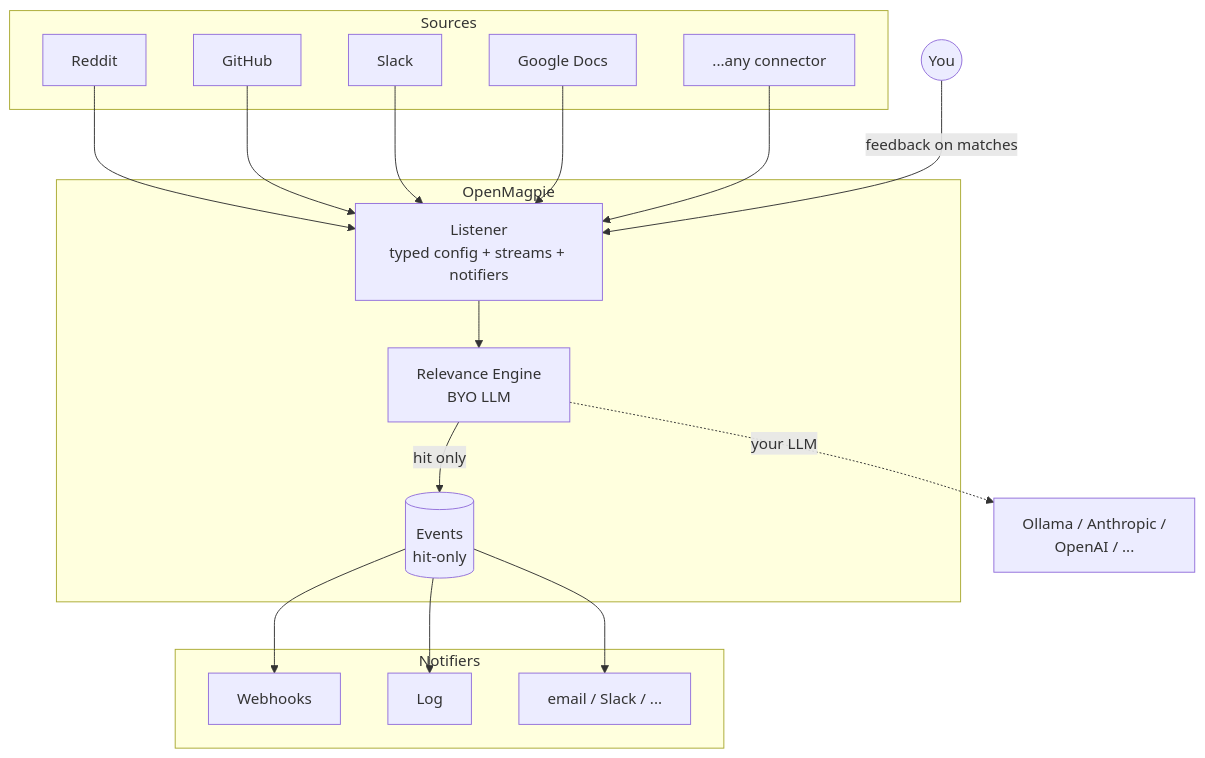
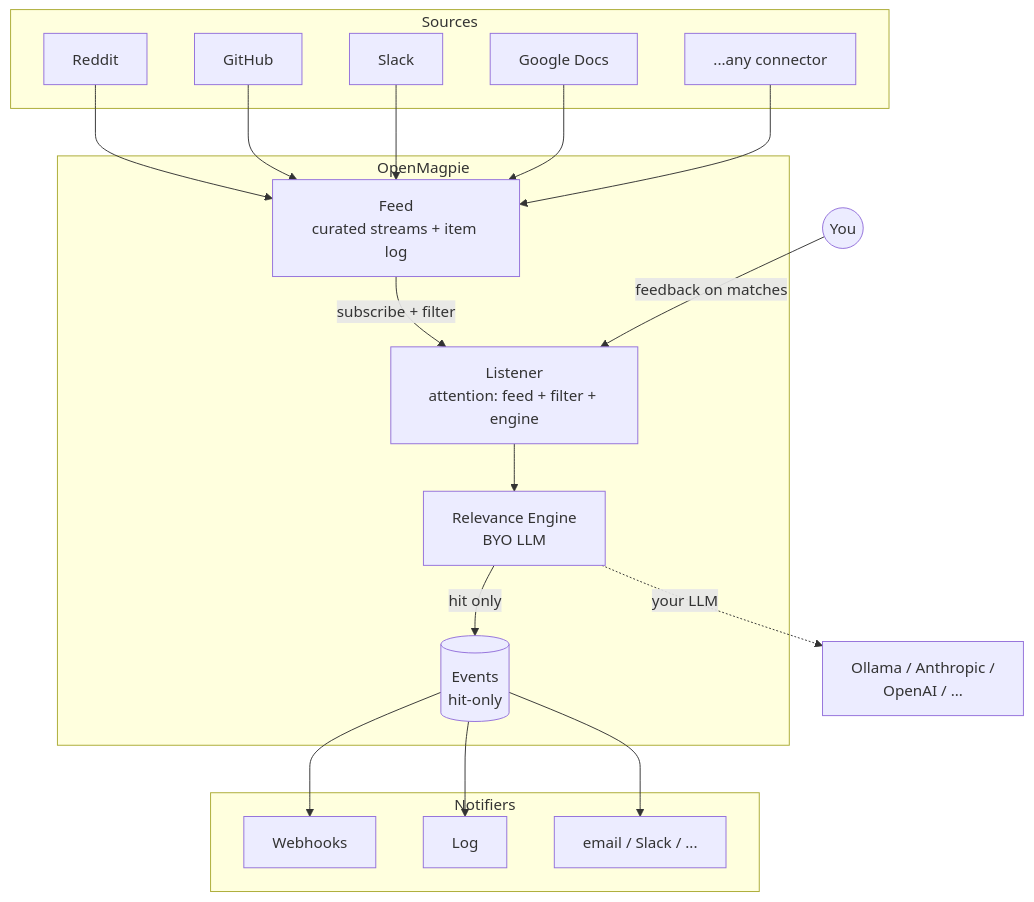
The diagram in README.md (PRACE1/openmagpie), drawn with Mermaid before and after one commit. The commit also changed other lines of this file and 79 other files, not shown here.

First line of the commit message:
feat(feeds): Feed primitive + Listener subscription model (v1, no backward compat)

````diff
--- a/README.md
+++ b/README.md
@@ -23,39 +23,41 @@
 ```mermaid
 graph TD
     subgraph Sources
         REDDIT[Reddit]
         GH[GitHub]
         SLACK[Slack]
         GDOCS[Google Docs]
         OTHER[...any connector]
     end
 
     subgraph OpenMagpie
-        LISTENER[Listener<br/>typed config + streams + notifiers]
+        FEED[Feed<br/>curated streams + item log]
+        LISTENER[Listener<br/>attention: feed + filter + engine]
         ENGINE[Relevance Engine<br/>BYO LLM]
         EVENTS[(Events<br/>hit-only)]
     end
 
     subgraph Notifiers
         WEBHOOK[Webhooks]
         LOG[Log]
         FUTURE[email / Slack / ...]
     end
 
-    REDDIT --> LISTENER
-    GH --> LISTENER
-    SLACK --> LISTENER
-    GDOCS --> LISTENER
-    OTHER --> LISTENER
+    REDDIT --> FEED
+    GH --> FEED
+    SLACK --> FEED
+    GDOCS --> FEED
+    OTHER --> FEED
 
+    FEED -- "subscribe + filter" --> LISTENER
     LISTENER --> ENGINE
     ENGINE -. "your LLM" .-> LLM["Ollama / Anthropic /
     OpenAI / ..."]
     ENGINE -- "hit only" --> EVENTS
 
     EVENTS --> WEBHOOK
     EVENTS --> LOG
     EVENTS --> FUTURE
 
     YOU((You)) -- "feedback on matches" --> LISTENER
 ```
````
